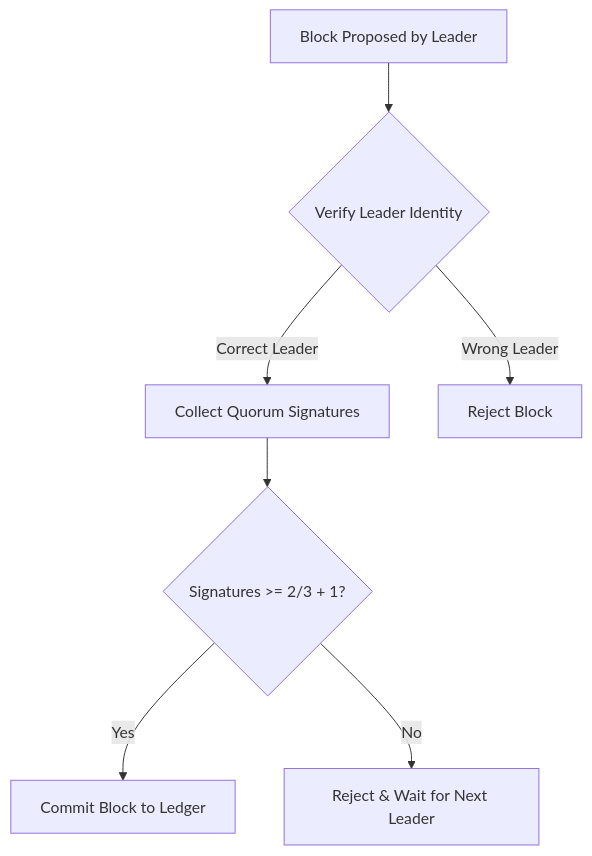
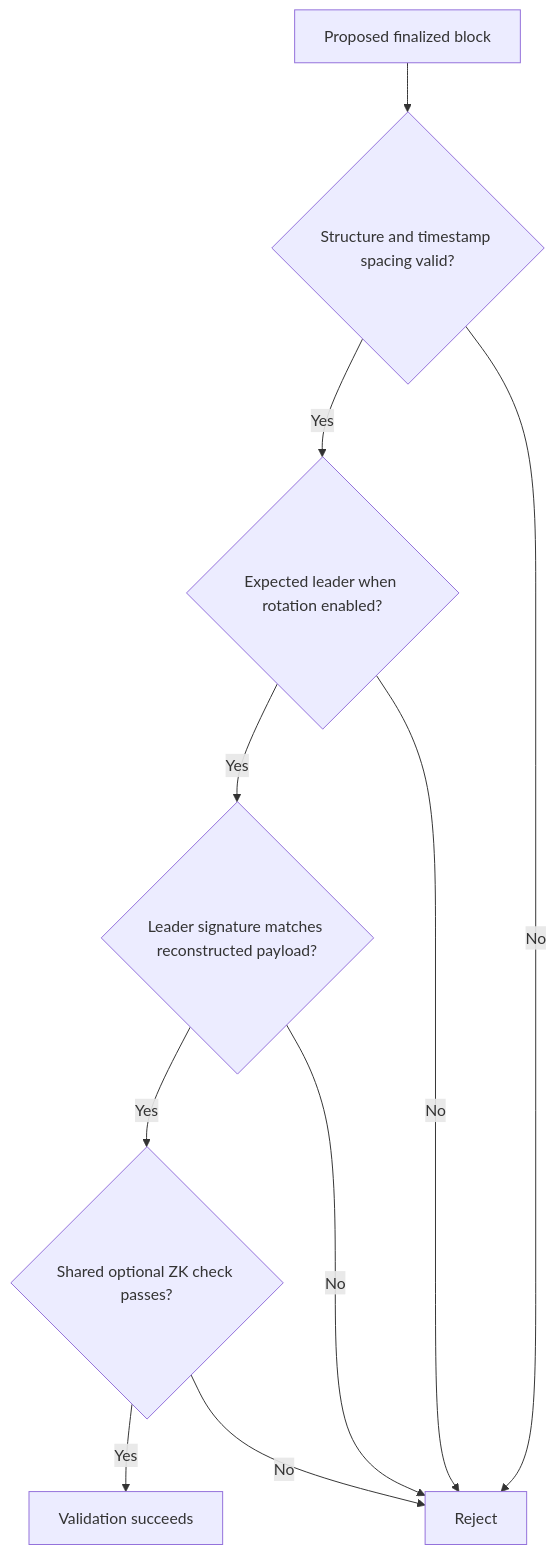
Before and after one commit to VanDung-dev/HieraChain: the diagram in docs/en/consensus/pof.md, drawn with Mermaid. The commit also changed other lines of this file and 158 other files, not shown here.

````diff
--- a/docs/en/consensus/pof.md
+++ b/docs/en/consensus/pof.md
@@ -71,9 +25,12 @@
 ```mermaid
-graph TD
-    A[Block Proposed by Leader] --> B{Verify Leader Identity}
-    B -- Correct Leader --> C[Collect Quorum Signatures]
-    C --> D{Signatures >= 2/3 + 1?}
-    D -- Yes --> E[Commit Block to Ledger]
-    D -- No --> F[Reject & Wait for Next Leader]
-    B -- Wrong Leader --> G[Reject Block]
+flowchart TD
+    A[Proposed finalized block] --> B{Structure and timestamp spacing valid?}
+    B -->|Yes| C{Expected leader when rotation enabled?}
+    C -->|Yes| D{Leader signature matches reconstructed payload?}
+    D -->|Yes| E{Shared optional ZK check passes?}
+    E -->|Yes| F[Validation succeeds]
+    B -->|No| R[Reject]
+    C -->|No| R
+    D -->|No| R
+    E -->|No| R
 ```
````
